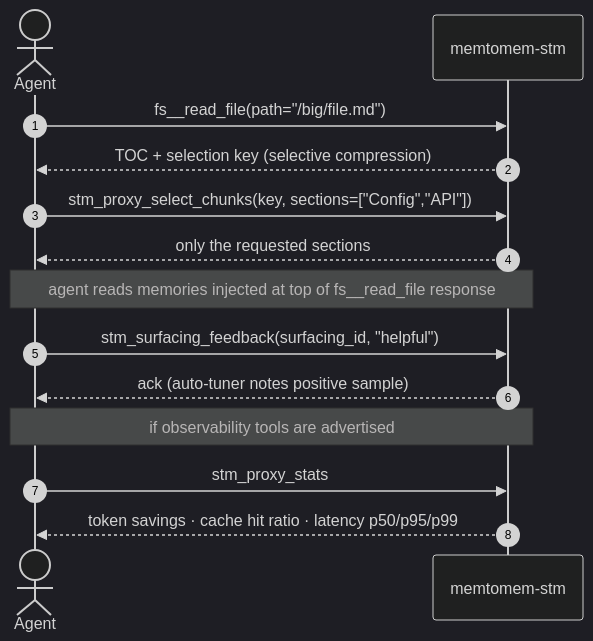
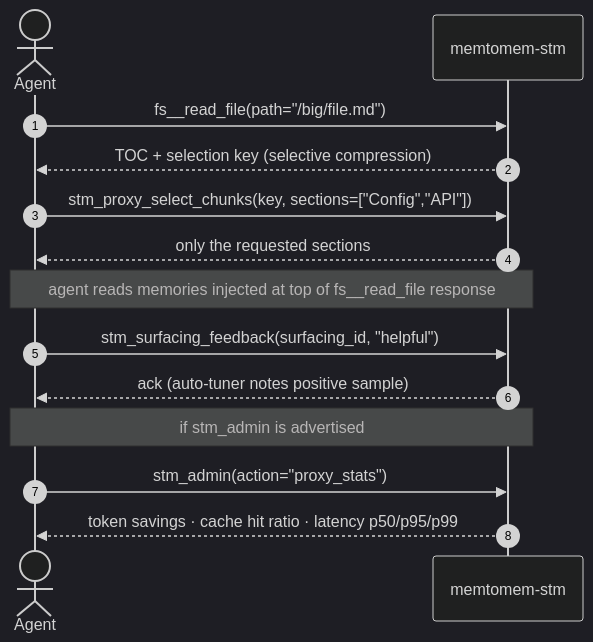
One commit to memtomem/memtomem-stm changed the second of 2 diagrams in docs/cli.md. Above: the diagram before and after it, drawn with Mermaid (dark theme). The commit also changed other lines of this file and 26 other files, not shown here.

````diff
--- a/docs/cli.md
+++ b/docs/cli.md
@@ -1195,17 +1207,17 @@
 ```mermaid
 sequenceDiagram
     autonumber
     actor Agent
     participant STM as memtomem-stm
 
     Agent->>STM: fs__read_file(path="/big/file.md")
     STM-->>Agent: TOC + selection key (selective compression)
     Agent->>STM: stm_proxy_select_chunks(key, sections=["Config","API"])
     STM-->>Agent: only the requested sections
     Note over Agent,STM: agent reads memories injected at top of fs__read_file response
     Agent->>STM: stm_surfacing_feedback(surfacing_id, "helpful")
     STM-->>Agent: ack (auto-tuner notes positive sample)
-    Note over Agent,STM: if observability tools are advertised
-    Agent->>STM: stm_proxy_stats
+    Note over Agent,STM: if stm_admin is advertised
+    Agent->>STM: stm_admin(action="proxy_stats")
     STM-->>Agent: token savings · cache hit ratio · latency p50/p95/p99
 ```
````
